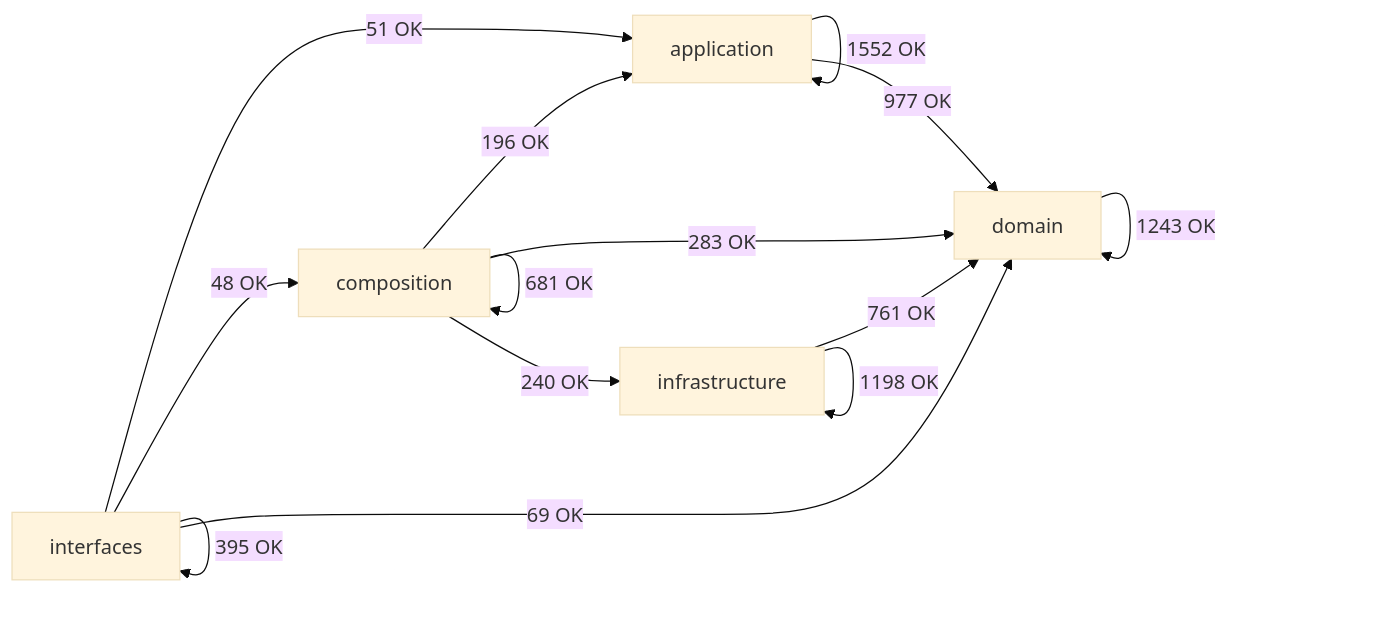
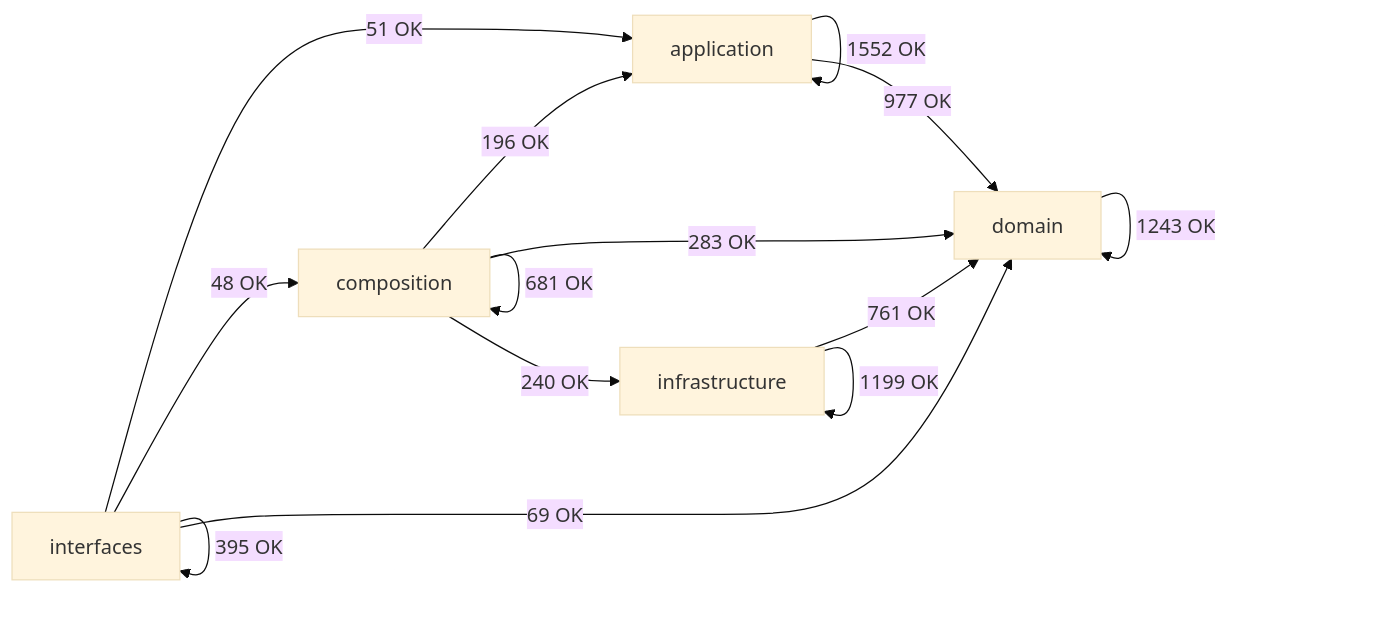
Before and after one commit to SatoryKono/BioactivityDataAcquisition: the diagram in docs/02-architecture/generated/module-dependency-map.md, drawn with Mermaid (base theme). The commit also changed other lines of this file and 12 other files, not shown here.

````diff
--- a/docs/02-architecture/generated/module-dependency-map.md
+++ b/docs/02-architecture/generated/module-dependency-map.md
@@ -17,21 +17,21 @@
 ```mermaid
 flowchart LR
     domain[domain]
     application[application]
     infrastructure[infrastructure]
     composition[composition]
     interfaces[interfaces]
     application -->|1552 OK| application
     application -->|977 OK| domain
     composition -->|196 OK| application
     composition -->|681 OK| composition
     composition -->|283 OK| domain
     composition -->|240 OK| infrastructure
     domain -->|1243 OK| domain
     infrastructure -->|761 OK| domain
-    infrastructure -->|1198 OK| infrastructure
+    infrastructure -->|1199 OK| infrastructure
     interfaces -->|51 OK| application
     interfaces -->|48 OK| composition
     interfaces -->|69 OK| domain
     interfaces -->|395 OK| interfaces
 ```
````
